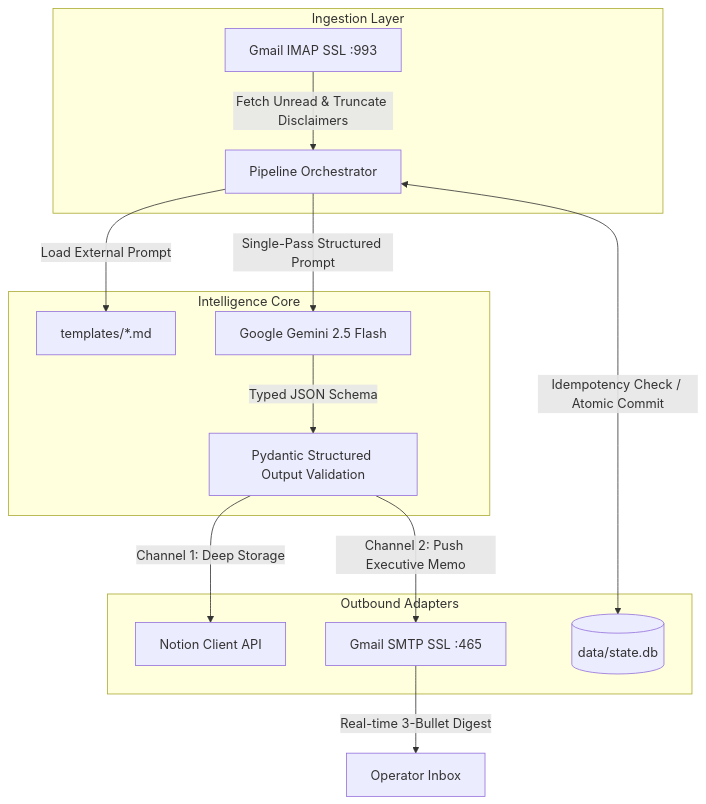
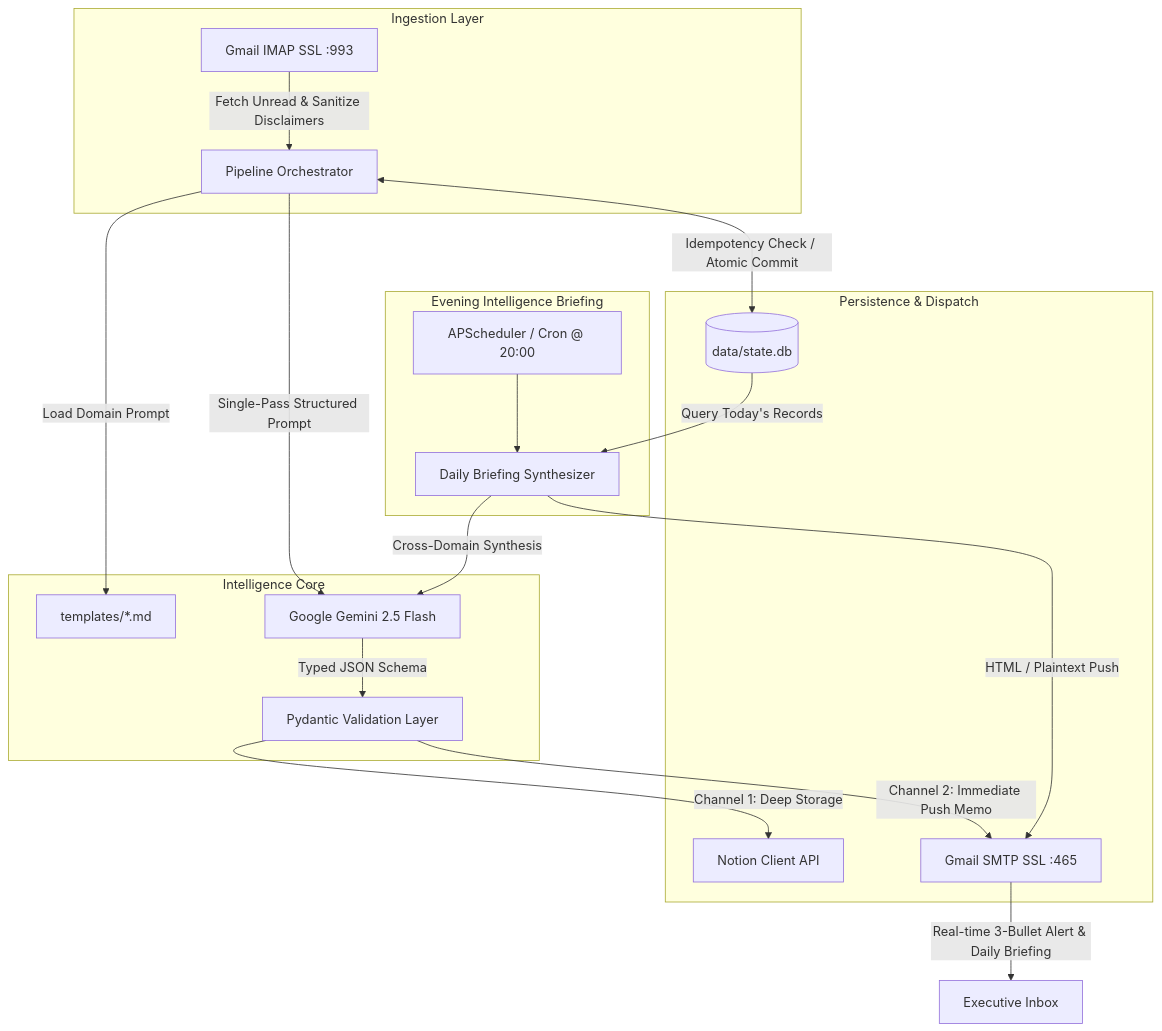
Before and after one commit to FRA-0023/Newsletter_Reader: the diagram in README.md, drawn with Mermaid. The commit also changed other lines of this file and 1 other file, not shown here.

Commit message:
docs: elevate README to international production standard and sanitize env template

````diff
--- a/README.md
+++ b/README.md
@@ -30,20 +30,27 @@
 ```mermaid
 graph TD
     subgraph Ingestion_Layer [Ingestion Layer]
-        IMAP[Gmail IMAP SSL :993] -->|Fetch Unread & Truncate Disclaimers| Engine[Pipeline Orchestrator]
+        IMAP[Gmail IMAP SSL :993] -->|Fetch Unread & Sanitize Disclaimers| Engine[Pipeline Orchestrator]
     end
 
     subgraph Intelligence_Core [Intelligence Core]
-        Engine -->|Load External Prompt| Templates[templates/*.md]
+        Engine -->|Load Domain Prompt| Templates[templates/*.md]
         Engine -->|Single-Pass Structured Prompt| Gemini[Google Gemini 2.5 Flash]
-        Gemini -->|Typed JSON Schema| Pydantic[Pydantic Structured Output Validation]
+        Gemini -->|Typed JSON Schema| Pydantic[Pydantic Validation Layer]
     end
 
-    subgraph Persistence_And_Notification [Outbound Adapters]
+    subgraph Persistence_And_Notification [Persistence & Dispatch]
         Pydantic -->|Channel 1: Deep Storage| Notion[Notion Client API]
-        Pydantic -->|Channel 2: Push Executive Memo| SMTP[Gmail SMTP SSL :465]
+        Pydantic -->|Channel 2: Immediate Push Memo| SMTP[Gmail SMTP SSL :465]
         Engine <-->|Idempotency Check / Atomic Commit| SQLite[(data/state.db)]
     end
 
-    SMTP -->|Real-time 3-Bullet Digest| User[Operator Inbox]
+    subgraph Evening_Synthesis [Evening Intelligence Briefing]
+        Cron[APScheduler / Cron @ 20:00] --> BriefingEngine[Daily Briefing Synthesizer]
+        SQLite -->|Query Today's Records| BriefingEngine
+        BriefingEngine -->|Cross-Domain Synthesis| Gemini
+        BriefingEngine -->|HTML / Plaintext Push| SMTP
+    end
+
+    SMTP -->|Real-time 3-Bullet Alert & Daily Briefing| User[Executive Inbox]
 ```
````
